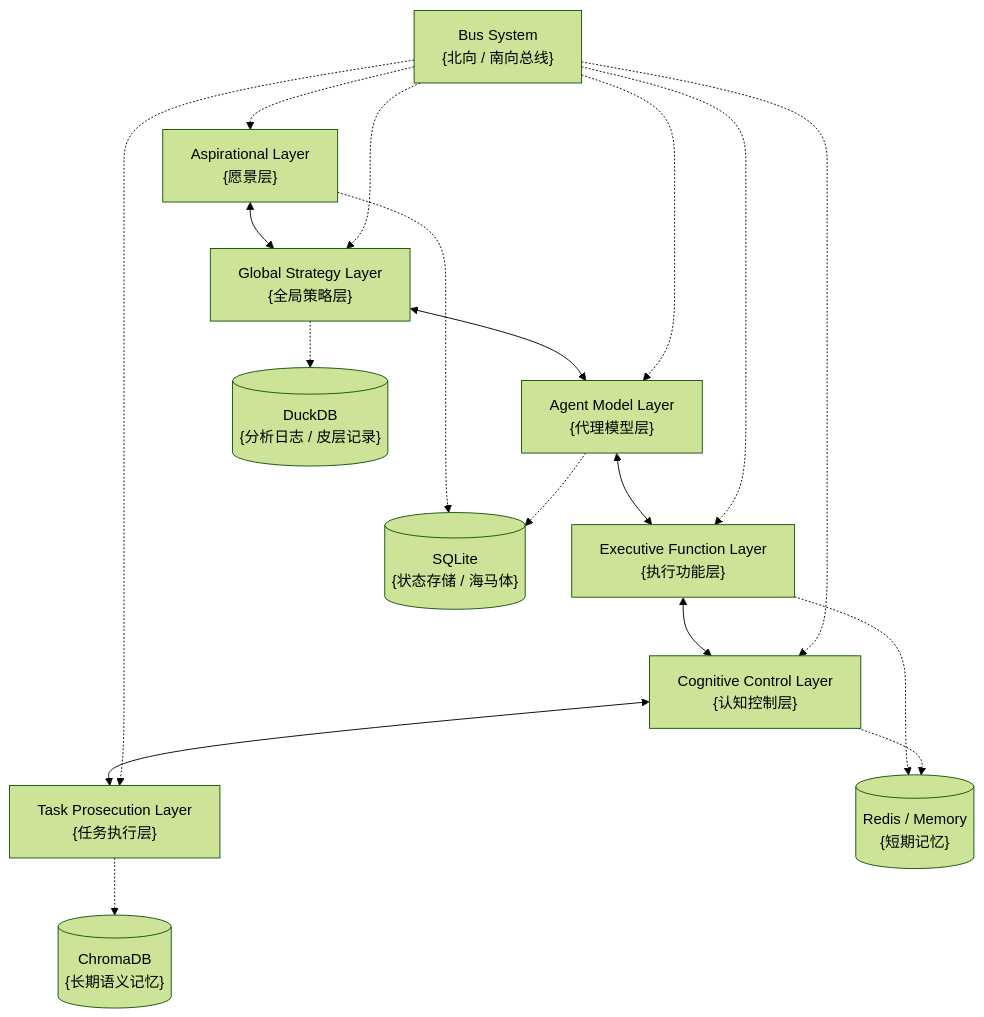
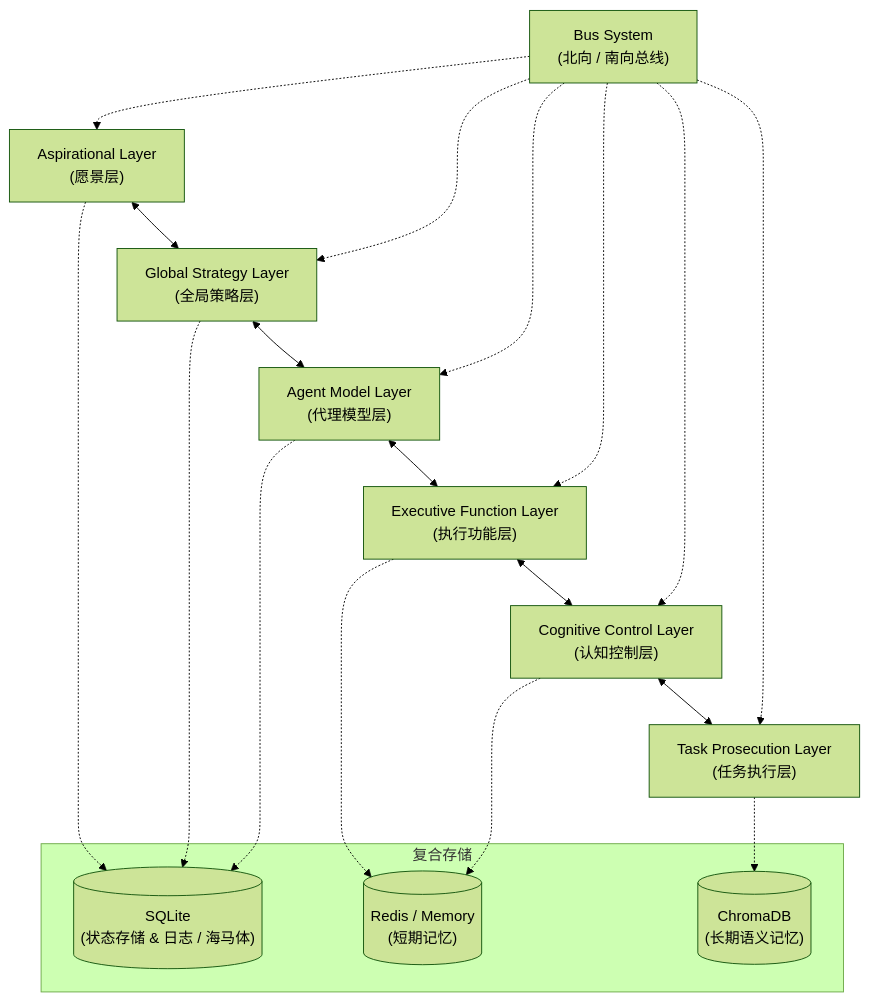
One commit to suntianc/ace-engine-core changed the diagram in README.md. Above: the diagram before and after it, drawn with Mermaid (forest theme). The commit also changed other lines of this file and 50 other files, not shown here.

````diff
--- a/README.md
+++ b/README.md
@@ -40,40 +40,41 @@
 ```mermaid
 graph TD
     %% ---------- ACE 六层架构 ----------
-    AL["Aspirational Layer<br/>{愿景层}"]
-    GSL["Global Strategy Layer<br/>{全局策略层}"]
-    AML["Agent Model Layer<br/>{代理模型层}"]
-    EFL["Executive Function Layer<br/>{执行功能层}"]
-    CCL["Cognitive Control Layer<br/>{认知控制层}"]
-    TPL["Task Prosecution Layer<br/>{任务执行层}"]
+    AL["Aspirational Layer<br/>(愿景层)"]
+    GSL["Global Strategy Layer<br/>(全局策略层)"]
+    AML["Agent Model Layer<br/>(代理模型层)"]
+    EFL["Executive Function Layer<br/>(执行功能层)"]
+    CCL["Cognitive Control Layer<br/>(认知控制层)"]
+    TPL["Task Prosecution Layer<br/>(任务执行层)"]
 
     %% 层级间双向数据流
     AL <--> GSL
     GSL <--> AML
     AML <--> EFL
     EFL <--> CCL
     CCL <--> TPL
 
     %% ---------- 总线系统 ----------
-    Bus["Bus System<br/>{北向 / 南向总线}"]
+    Bus["Bus System<br/>(北向 / 南向总线)"]
     Bus -.-> AL
     Bus -.-> GSL
     Bus -.-> AML
     Bus -.-> EFL
     Bus -.-> CCL
     Bus -.-> TPL
 
     %% ---------- 复合存储 ----------
-    SQLite[("SQLite<br/>{状态存储 / 海马体}")]
-    DuckDB[("DuckDB<br/>{分析日志 / 皮层记录}")]
-    Redis[("Redis / Memory<br/>{短期记忆}")]
-    Chroma[("ChromaDB<br/>{长期语义记忆}")]
+    subgraph storage[复合存储]
+        SQLite[("SQLite<br/>(状态存储 & 日志 / 海马体)")]
+        Redis[("Redis / Memory<br/>(短期记忆)")]
+        Chroma[("ChromaDB<br/>(长期语义记忆)")]
+    end
 
     %% 各层对应存储依赖
     AL -.-> SQLite
-    GSL -.-> DuckDB
+    GSL -.-> SQLite
     AML -.-> SQLite
     EFL -.-> Redis
     CCL -.-> Redis
     TPL -.-> Chroma
 ```
````
